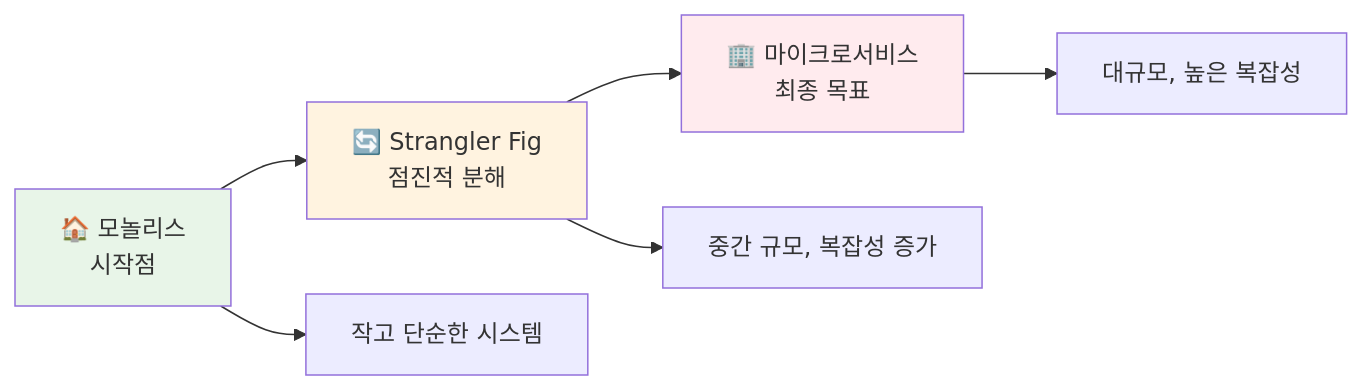
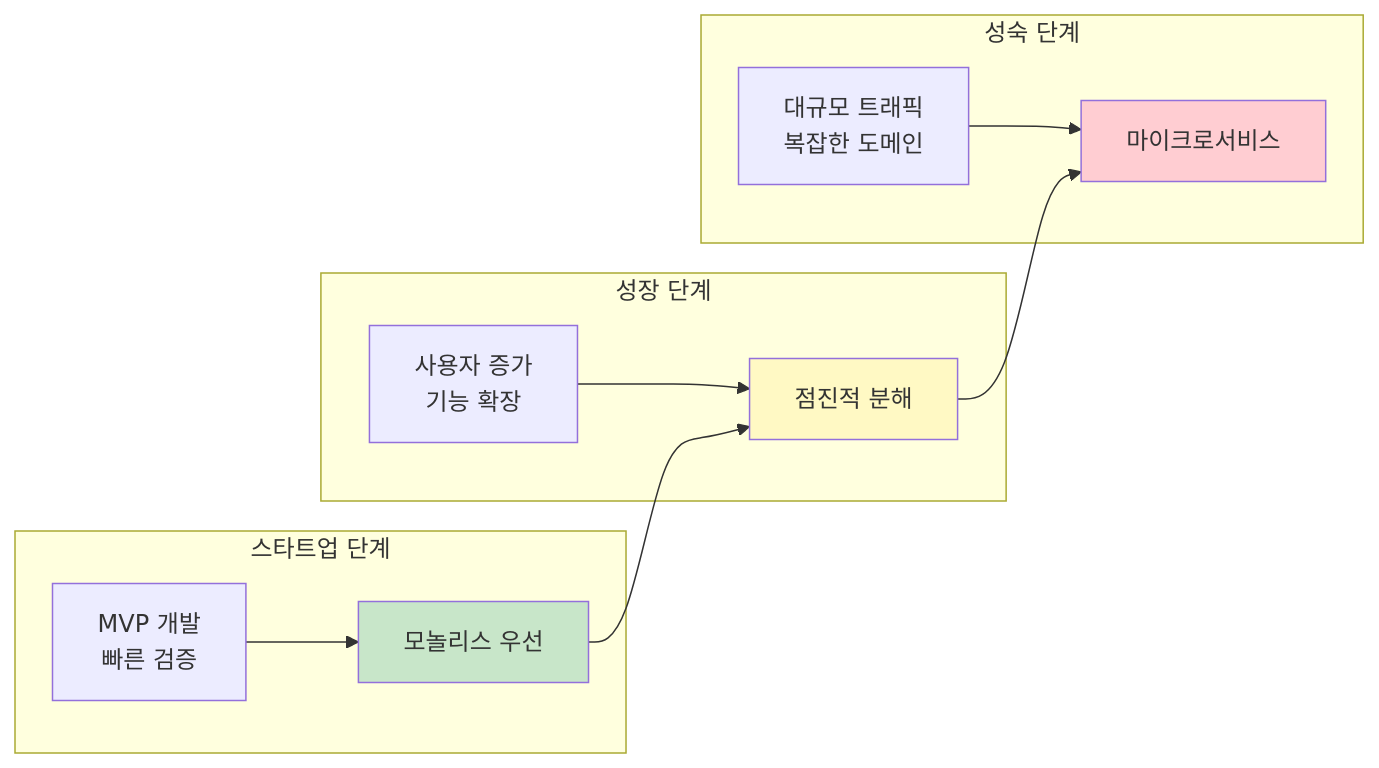
Before and after one commit to niceguy61/kdt_devops_lecture_2025: the third of 3 diagrams in theory/week_04/day1/session_1.md, drawn with Mermaid. The commit also changed other lines of this file and 5 other files, not shown here.

````diff
--- a/theory/week_04/day1/session_1.md
+++ b/theory/week_04/day1/session_1.md
@@ -455,13 +160,20 @@
 ```mermaid
 graph LR
-    A[🏠 모놀리스<br/>시작점] --> B[🔄 Strangler Fig<br/>점진적 분해]
-    B --> C[🏢 마이크로서비스<br/>최종 목표]
+    subgraph "스타트업 단계"
+        A[MVP 개발<br/>빠른 검증] --> A1[모놀리스 우선]
+    end
     
-    A --> A1[작고 단순한 시스템]
-    B --> B1[중간 규모, 복잡성 증가]
-    C --> C1[대규모, 높은 복잡성]
+    subgraph "성장 단계"
+        B[사용자 증가<br/>기능 확장] --> B1[점진적 분해]
+    end
     
-    style A fill:#e8f5e8
-    style B fill:#fff3e0
-    style C fill:#ffebee
+    subgraph "성숙 단계"
+        C[대규모 트래픽<br/>복잡한 도메인] --> C1[마이크로서비스]
+    end
+    
+    A1 --> B1 --> C1
+    
+    style A1 fill:#c8e6c9
+    style B1 fill:#fff9c4
+    style C1 fill:#ffcdd2
 ```
````
